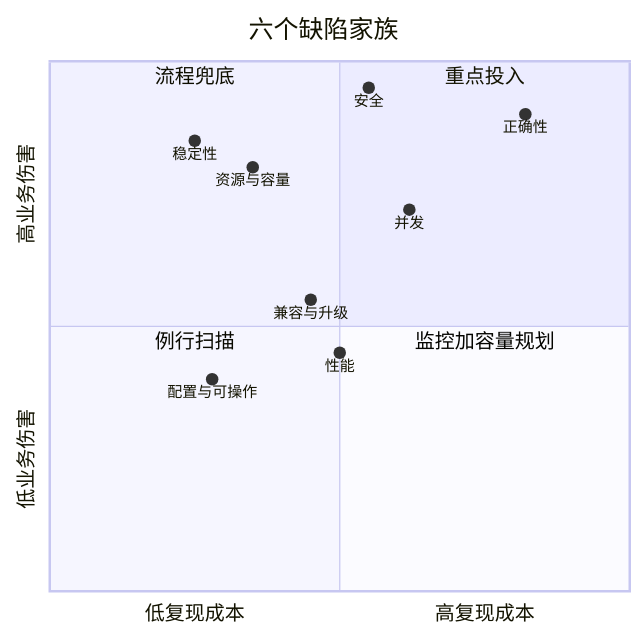
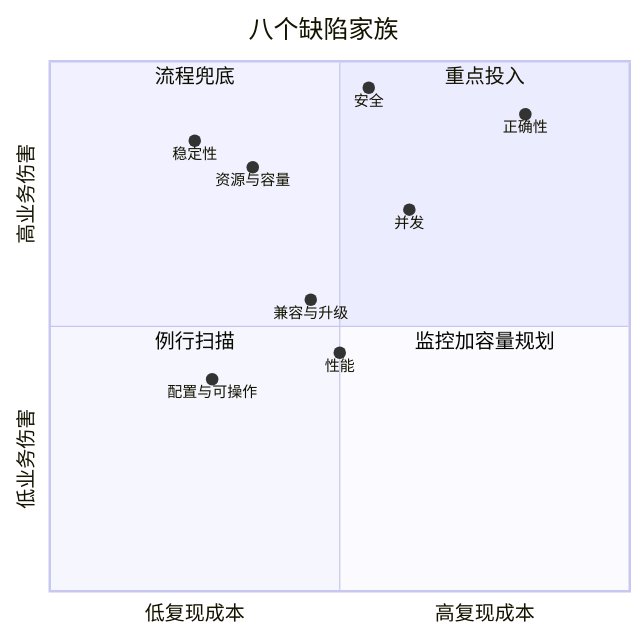
One commit to hub138/technical-knowledge changed the diagram in vault/工程知识/缺陷分析：从个案到体系/缺陷分析：从个案到体系——导读与开源地图.md. Above: the diagram before and after it, drawn with Mermaid. The commit also changed other lines of this file and 500 other files, not shown here.

Commit message:
手机端全面优化：图谱清单聚焦深链与触控、副标题按形态分支、图例隐藏、力图双指缩放、拖拽死代码修复；子页面手机视口全量审查（表格横滑容器确认、KaTeX 渲染前后宽度核对）；知识库标题措辞批量改写与词条同步

````diff
--- a/vault/工程知识/缺陷分析：从个案到体系/缺陷分析：从个案到体系——导读与开源地图.md
+++ b/vault/工程知识/缺陷分析：从个案到体系/缺陷分析：从个案到体系——导读与开源地图.md
@@ -35,18 +40,18 @@
 ```mermaid
 quadrantChart
-    title 六个缺陷家族
+title 八个缺陷家族
     x-axis 低复现成本 --> 高复现成本
     y-axis 低业务伤害 --> 高业务伤害
     quadrant-1 重点投入
     quadrant-2 流程兜底
     quadrant-3 例行扫描
     quadrant-4 监控加容量规划
     正确性: [0.82, 0.9]
     安全: [0.55, 0.95]
     并发: [0.62, 0.72]
     稳定性: [0.25, 0.85]
     资源与容量: [0.35, 0.8]
     兼容与升级: [0.45, 0.55]
     性能: [0.5, 0.45]
     配置与可操作: [0.28, 0.4]
 ```
````
